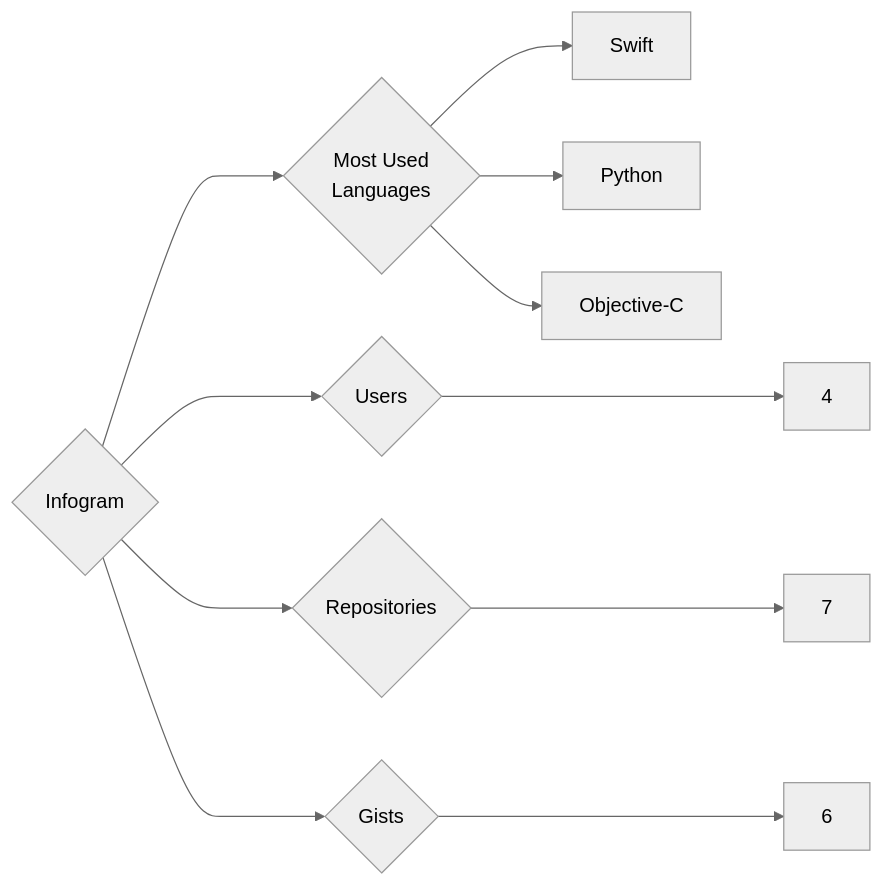
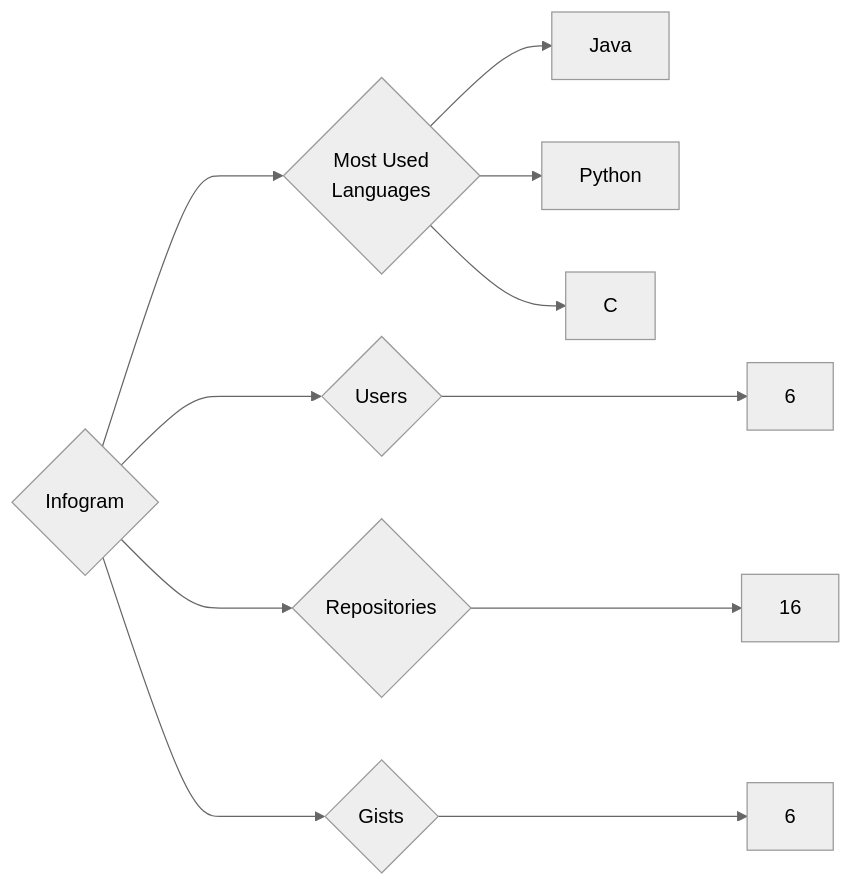
Before and after one commit to trickest/insiders: the diagram in targets/Infogram/README.md, drawn with Mermaid (neutral theme). The commit also changed 1166 other files, not shown here.

````diff
--- a/targets/Infogram/README.md
+++ b/targets/Infogram/README.md
@@ -3,11 +3,11 @@
 ```mermaid
 graph LR
 COMPANY_NAME{Infogram}
-COMPANY_NAME ---> U{Users} ---> UN[4]
-COMPANY_NAME ---> R{Repositories} ---> RN[7]
+COMPANY_NAME ---> U{Users} ---> UN[6]
+COMPANY_NAME ---> R{Repositories} ---> RN[16]
 COMPANY_NAME ---> G{Gists} ---> GN[6]
 COMPANY_NAME ---> ML{Most Used<br>Languages}
-ML --> Swift[Swift]
+ML --> Java[Java]
 ML --> Python[Python]
-ML --> Objective-C[Objective-C]
+ML --> C[C]
 ```
````
